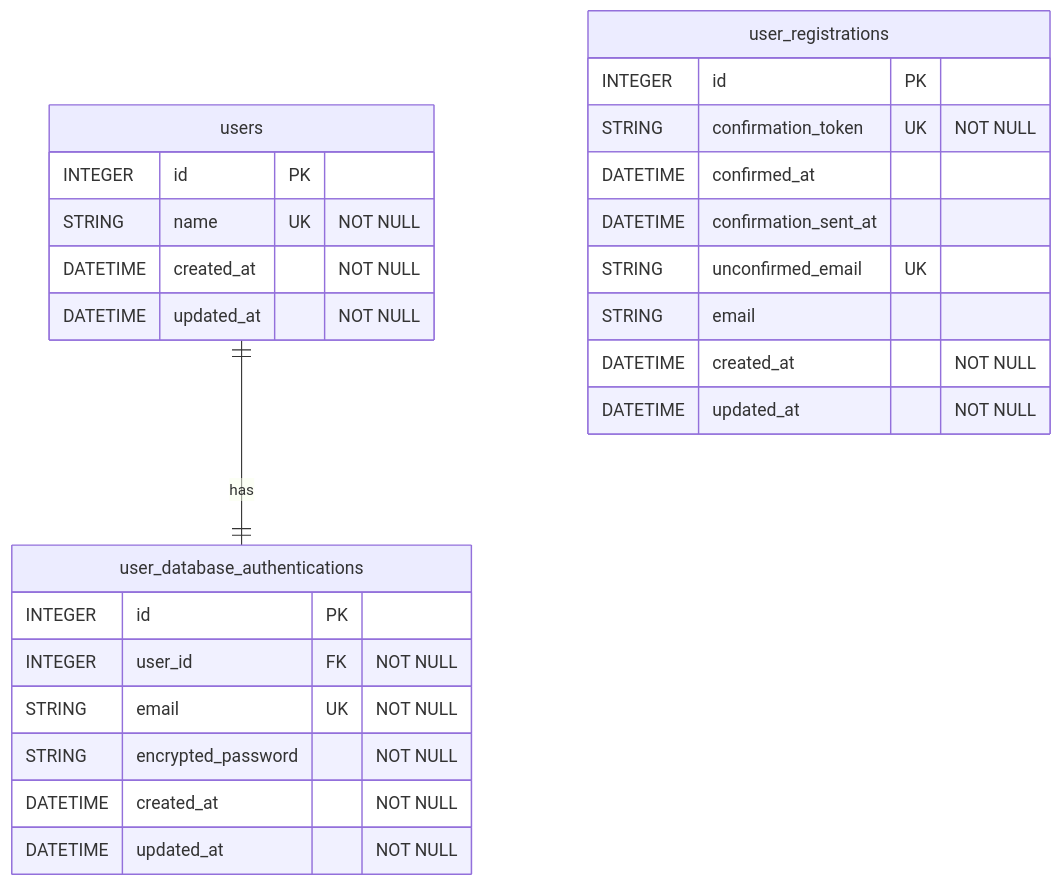
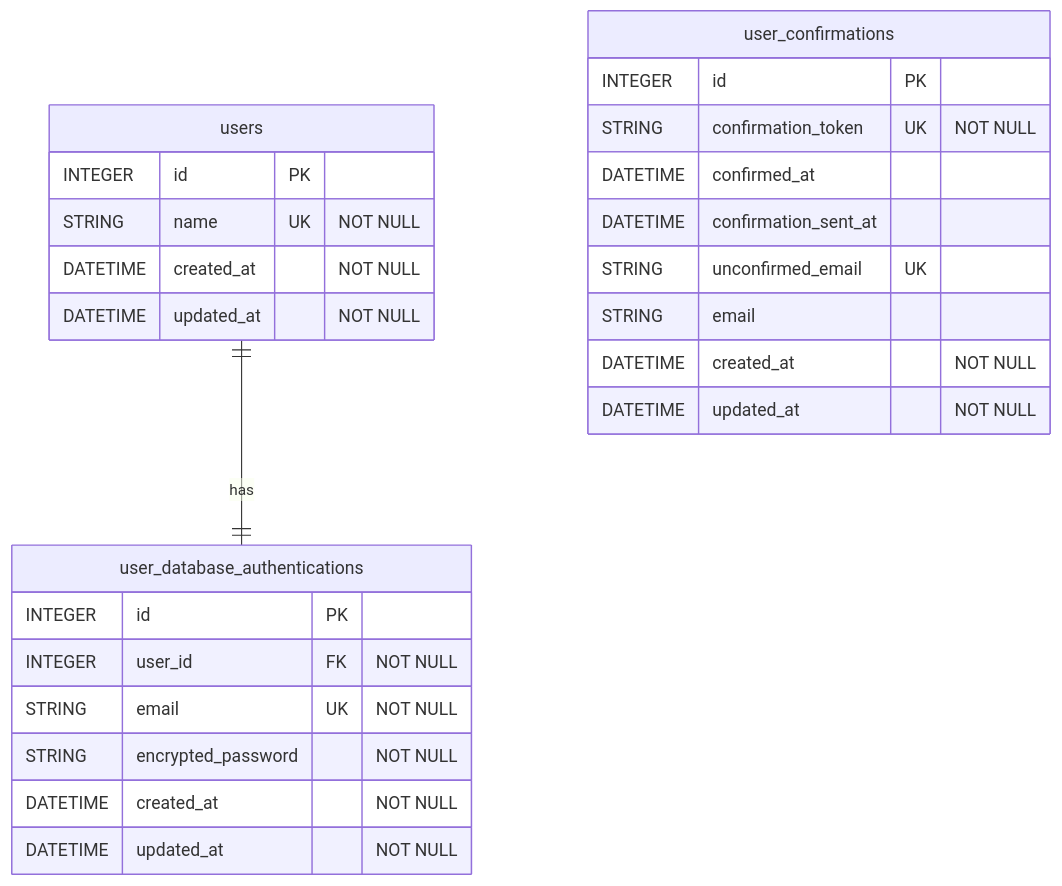
The first of 3 diagrams in docs/function_mail_authentication.md (Okunichiyou/rails-blog), drawn with Mermaid before and after one commit. The commit also changed other lines of this file and 47 other files, not shown here.

Commit message:
User::RegistrationsControllerをUser::ConfirmationsControllerとUser::DatabaseAuthenticationsControllerに分解(#36)

````diff
--- a/docs/function_mail_authentication.md
+++ b/docs/function_mail_authentication.md
@@ -13,31 +13,31 @@
 ```mermaid
   erDiagram
       users {
           INTEGER id PK
           STRING name UK "NOT NULL"
           DATETIME created_at "NOT NULL"
           DATETIME updated_at "NOT NULL"
       }
 
       user_database_authentications {
           INTEGER id PK
           INTEGER user_id FK "NOT NULL"
           STRING email UK "NOT NULL"
           STRING encrypted_password "NOT NULL"
           DATETIME created_at "NOT NULL"
           DATETIME updated_at "NOT NULL"
       }
 
-      user_registrations {
+      user_confirmations {
           INTEGER id PK
           STRING confirmation_token UK "NOT NULL"
           DATETIME confirmed_at
           DATETIME confirmation_sent_at
           STRING unconfirmed_email UK
           STRING email
           DATETIME created_at "NOT NULL"
           DATETIME updated_at "NOT NULL"
       }
 
       users ||--|| user_database_authentications : "has"
 ```
````
